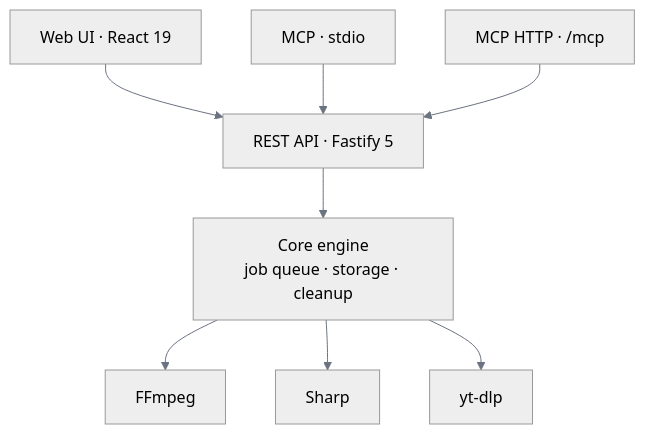
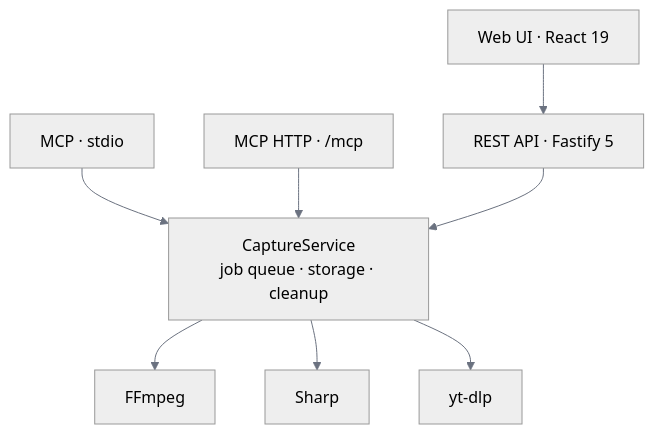
One commit to ilinxa/ilinxa-capture changed the diagram in README.md. Above: the diagram before and after it, drawn with Mermaid. The commit also changed other lines of this file and 7 other files, not shown here.

````diff
--- a/README.md
+++ b/README.md
@@ -229,19 +310,19 @@
 ```mermaid
 %%{init: {'theme':'neutral','themeVariables':{'primaryColor':'#CC785C','lineColor':'#6B7280'}}}%%
 flowchart TD
     UI["Web UI · React 19"]
     MCPS["MCP · stdio"]
     HTTP["MCP HTTP · /mcp"]
     API["REST API · Fastify 5"]
-    CORE["Core engine<br/>job queue · storage · cleanup"]
+    CORE["CaptureService<br/>job queue · storage · cleanup"]
     FF["FFmpeg"]
     SH["Sharp"]
     YT["yt-dlp"]
     UI --> API
-    MCPS --> API
-    HTTP --> API
+    MCPS --> CORE
+    HTTP --> CORE
     API --> CORE
     CORE --> FF
     CORE --> SH
     CORE --> YT
 ```
````
